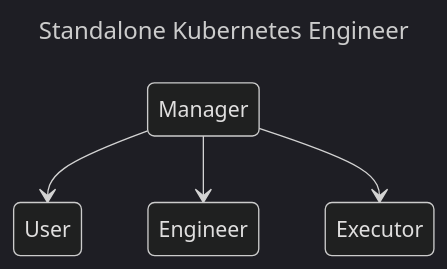
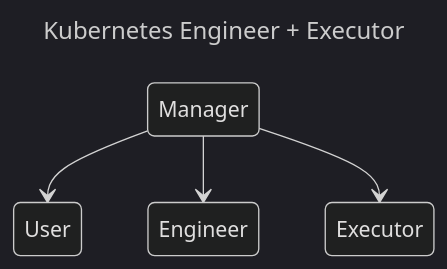
Before and after one commit to yanmxa/acm-agent: the first of 2 diagrams in README.md, drawn with Mermaid (dark theme). The commit also changed other lines of this file and 5 other files, not shown here.

````diff
--- a/README.md
+++ b/README.md
@@ -16,9 +16,9 @@
   ```mermaid
   ---
-  title: Standalone Kubernetes Engineer
+  title: Kubernetes Engineer + Executor
   ---
   stateDiagram-v2
       Manager --> User
       Manager --> Engineer
       Manager --> Executor
   ```
````
